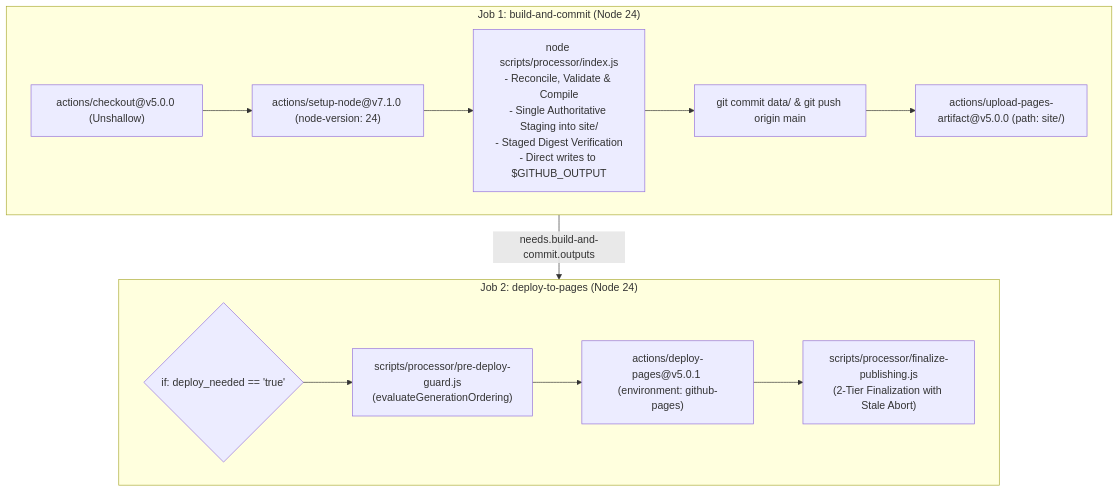
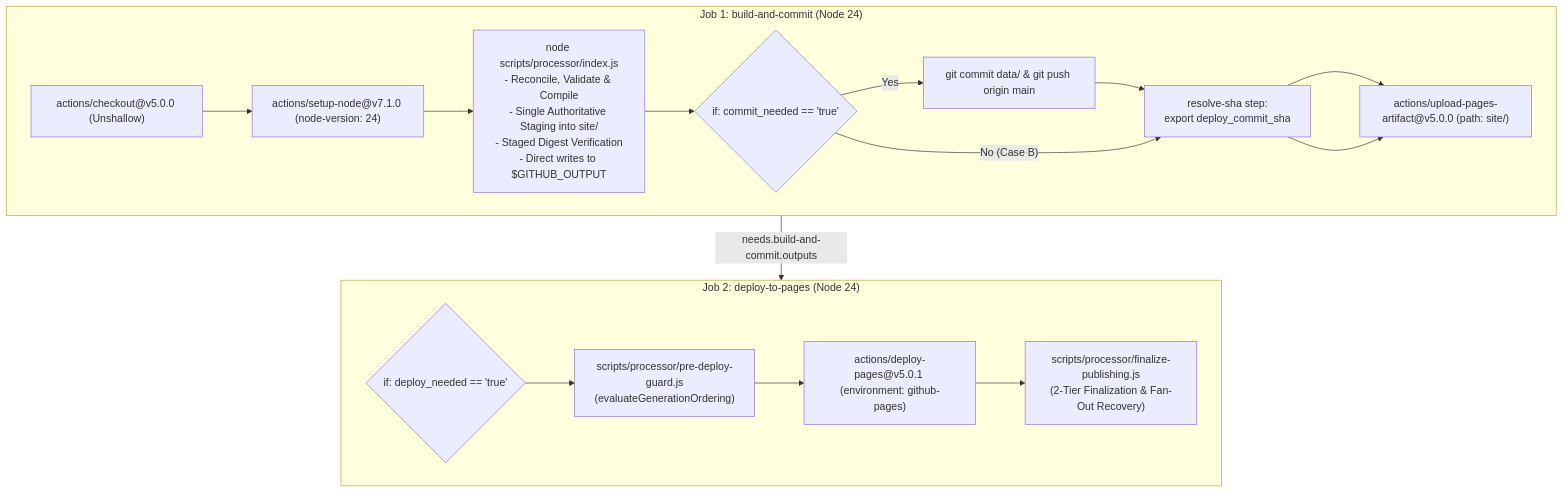
The second of 2 diagrams in docs/SUBMISSION_PIPELINE.md (Rohitpvt/GitStore), drawn with Mermaid before and after one commit. The commit also changed other lines of this file and 10 other files, not shown here.

Commit message:
chore(phase-0.1.9): workflow validation, recovery sha preservation and durable finalization recovery

````diff
--- a/docs/SUBMISSION_PIPELINE.md
+++ b/docs/SUBMISSION_PIPELINE.md
@@ -114,23 +114,27 @@
 ```mermaid
 flowchart TD
     subgraph Job1["Job 1: build-and-commit (Node 24)"]
         J1_Checkout["actions/checkout@v5.0.0 (Unshallow)"]
         J1_Node["actions/setup-node@v7.1.0 (node-version: 24)"]
         J1_Proc["node scripts/processor/index.js\n- Reconcile, Validate & Compile\n- Single Authoritative Staging into site/\n- Staged Digest Verification\n- Direct writes to $GITHUB_OUTPUT"]
+        J1_CommitCond{"if: commit_needed == 'true'"}
         J1_Commit["git commit data/ & git push origin main"]
+        J1_Resolve["resolve-sha step:\nexport deploy_commit_sha"]
         J1_Upload["actions/upload-pages-artifact@v5.0.0 (path: site/)"]
         
-        J1_Checkout --> J1_Node --> J1_Proc --> J1_Commit --> J1_Upload
+        J1_Checkout --> J1_Node --> J1_Proc --> J1_CommitCond
+        J1_CommitCond -- Yes --> J1_Commit --> J1_Resolve --> J1_Upload
+        J1_CommitCond -- No (Case B) --> J1_Resolve --> J1_Upload
     end
 
     subgraph Job2["Job 2: deploy-to-pages (Node 24)"]
         J2_Cond{"if: deploy_needed == 'true'"}
         J2_Guard["scripts/processor/pre-deploy-guard.js\n(evaluateGenerationOrdering)"]
         J2_Deploy["actions/deploy-pages@v5.0.1 (environment: github-pages)"]
-        J2_Fin["scripts/processor/finalize-publishing.js\n(2-Tier Finalization with Stale Abort)"]
+        J2_Fin["scripts/processor/finalize-publishing.js\n(2-Tier Finalization & Fan-Out Recovery)"]
 
         J2_Cond --> J2_Guard --> J2_Deploy --> J2_Fin
     end
 
     Job1 -->|needs.build-and-commit.outputs| Job2
 ```
````
